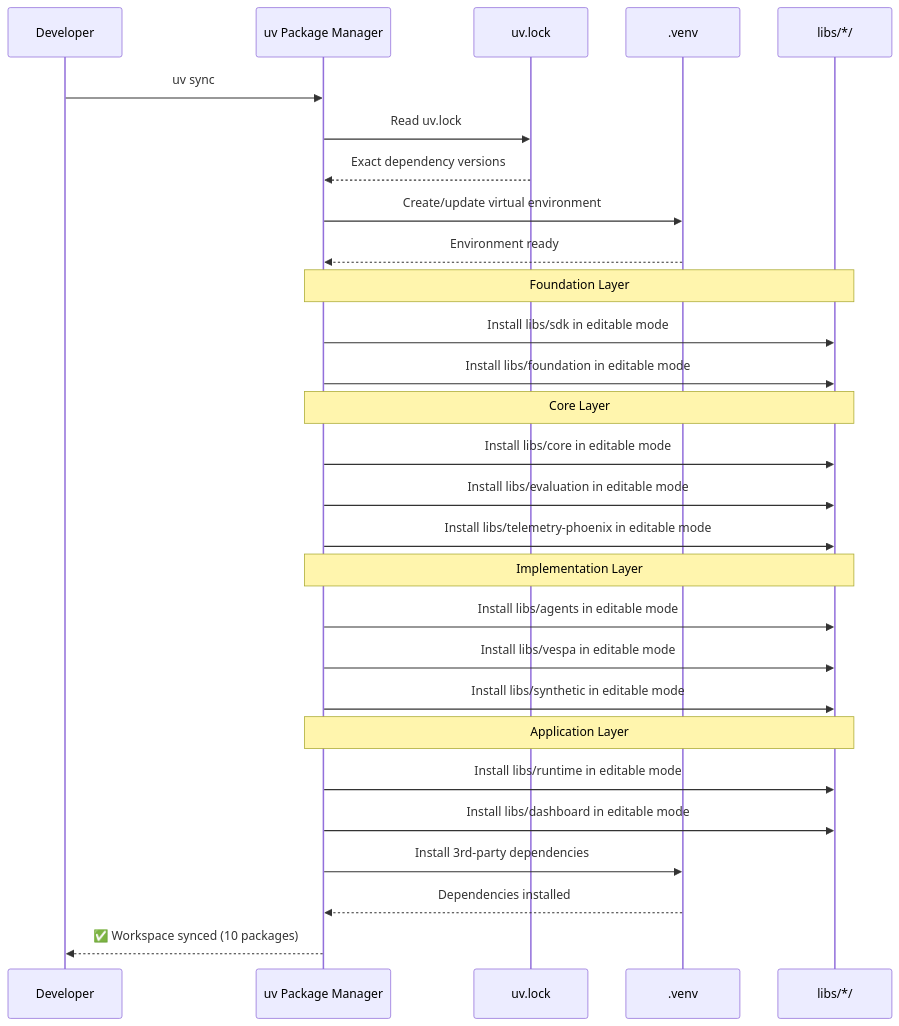
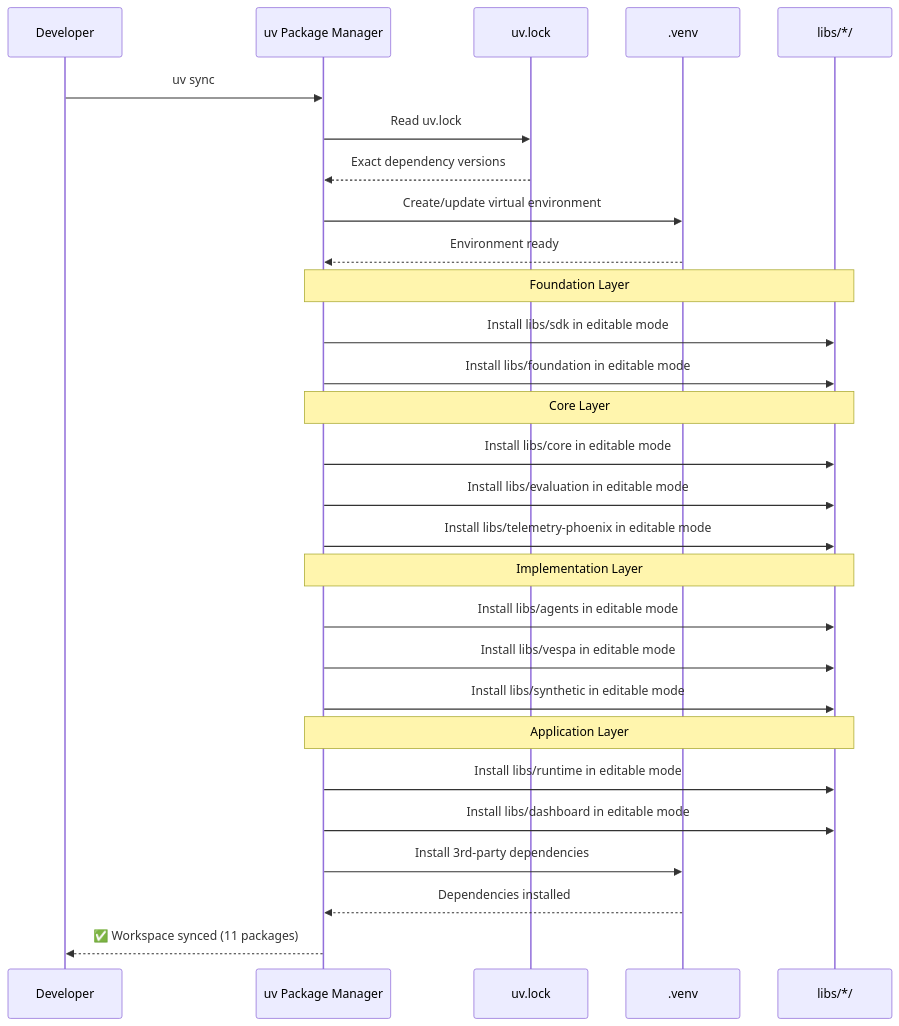
Diagram 15 of 17 in docs/diagrams/sdk-architecture-diagrams.md (amit-jain/cogniverse), drawn with Mermaid before and after one commit. The commit also changed other lines of this file and 38 other files, not shown here.

First line of the commit message:
Update documentation for 11-package architecture and fix broken links

````diff
--- a/docs/diagrams/sdk-architecture-diagrams.md
+++ b/docs/diagrams/sdk-architecture-diagrams.md
@@ -762,38 +762,38 @@
 ```mermaid
 sequenceDiagram
     participant Dev as Developer
     participant UV as uv Package Manager
     participant Lock as uv.lock
     participant VEnv as .venv
     participant Packages as libs/*/
 
     Dev->>UV: uv sync
     UV->>Lock: Read uv.lock
     Lock-->>UV: Exact dependency versions
 
     UV->>VEnv: Create/update virtual environment
     VEnv-->>UV: Environment ready
 
     Note over UV,Packages: Foundation Layer
     UV->>Packages: Install libs/sdk in editable mode
     UV->>Packages: Install libs/foundation in editable mode
 
     Note over UV,Packages: Core Layer
     UV->>Packages: Install libs/core in editable mode
     UV->>Packages: Install libs/evaluation in editable mode
     UV->>Packages: Install libs/telemetry-phoenix in editable mode
 
     Note over UV,Packages: Implementation Layer
     UV->>Packages: Install libs/agents in editable mode
     UV->>Packages: Install libs/vespa in editable mode
     UV->>Packages: Install libs/synthetic in editable mode
 
     Note over UV,Packages: Application Layer
     UV->>Packages: Install libs/runtime in editable mode
     UV->>Packages: Install libs/dashboard in editable mode
 
     UV->>VEnv: Install 3rd-party dependencies
     VEnv-->>UV: Dependencies installed
 
-    UV-->>Dev: ✅ Workspace synced (10 packages)
+    UV-->>Dev: ✅ Workspace synced (11 packages)
 ```
````
